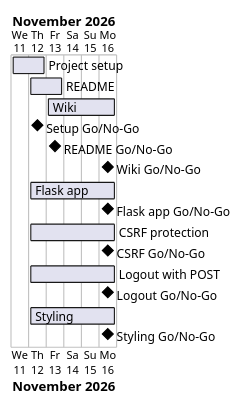
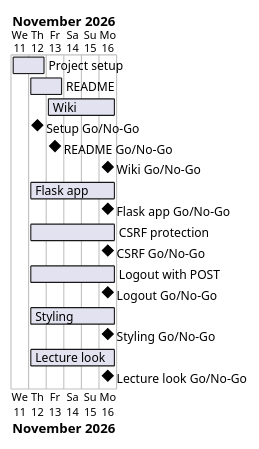
One commit to Tirsvad-Udemy-100-days-of-code/068-flask-auth changed the diagram in docs/project-plan.md. Above: the diagram before and after it, drawn with PlantUML. The commit also changed other lines of this file and 15 other files, not shown here.

First line of the commit message:
MIL-008: give the pages the look of the lecture screenshots

````diff
--- a/docs/project-plan.md
+++ b/docs/project-plan.md
@@ -41,19 +42,21 @@
 ```plantuml
 @startgantt
 Project starts 2026-11-11
 [Project setup] starts 2026-11-11 and ends 2026-11-12
 [README] starts 2026-11-12 and ends 2026-11-13
 [Wiki] starts 2026-11-13 and ends 2026-11-16
 [Setup Go/No-Go] happens 2026-11-12
 [README Go/No-Go] happens 2026-11-13
 [Wiki Go/No-Go] happens 2026-11-16
 [Flask app] starts 2026-11-12 and ends 2026-11-16
 [Flask app Go/No-Go] happens 2026-11-16
 [CSRF protection] starts 2026-11-12 and ends 2026-11-16
 [CSRF Go/No-Go] happens 2026-11-16
 [Logout with POST] starts 2026-11-12 and ends 2026-11-16
 [Logout Go/No-Go] happens 2026-11-16
 [Styling] starts 2026-11-12 and ends 2026-11-16
 [Styling Go/No-Go] happens 2026-11-16
+[Lecture look] starts 2026-11-12 and ends 2026-11-16
+[Lecture look Go/No-Go] happens 2026-11-16
 @endgantt
 ```
````
